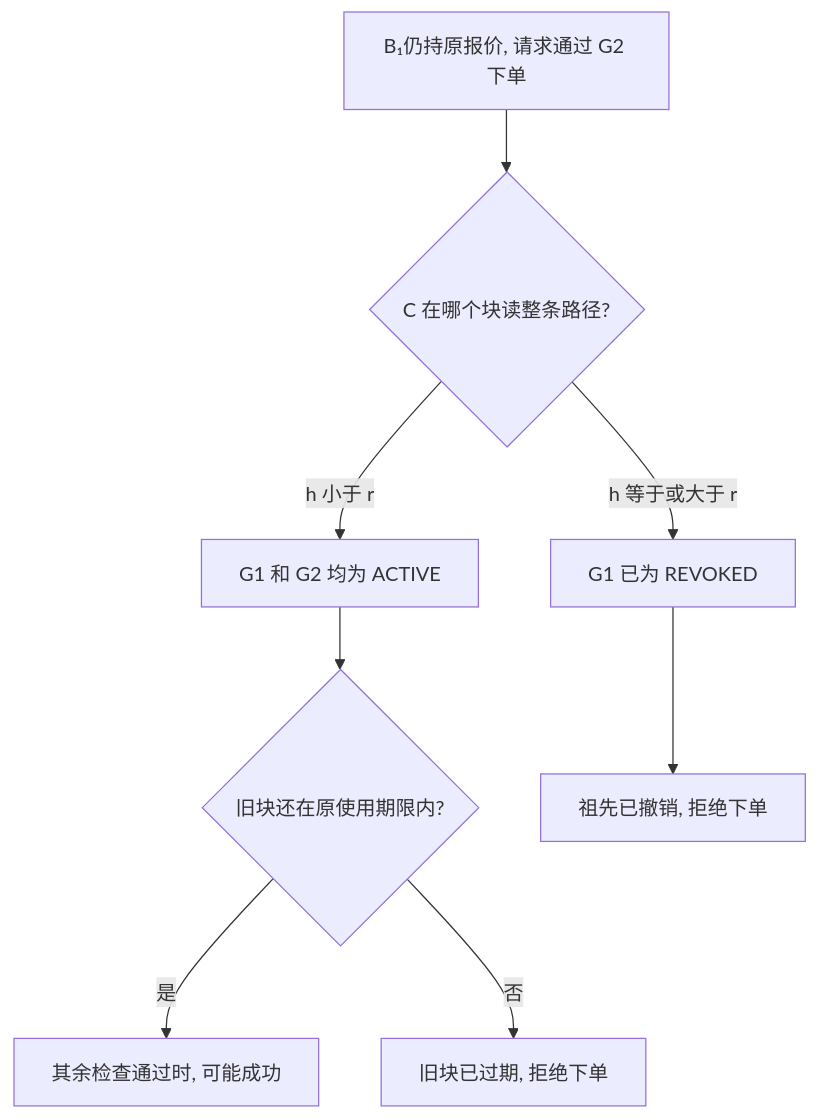
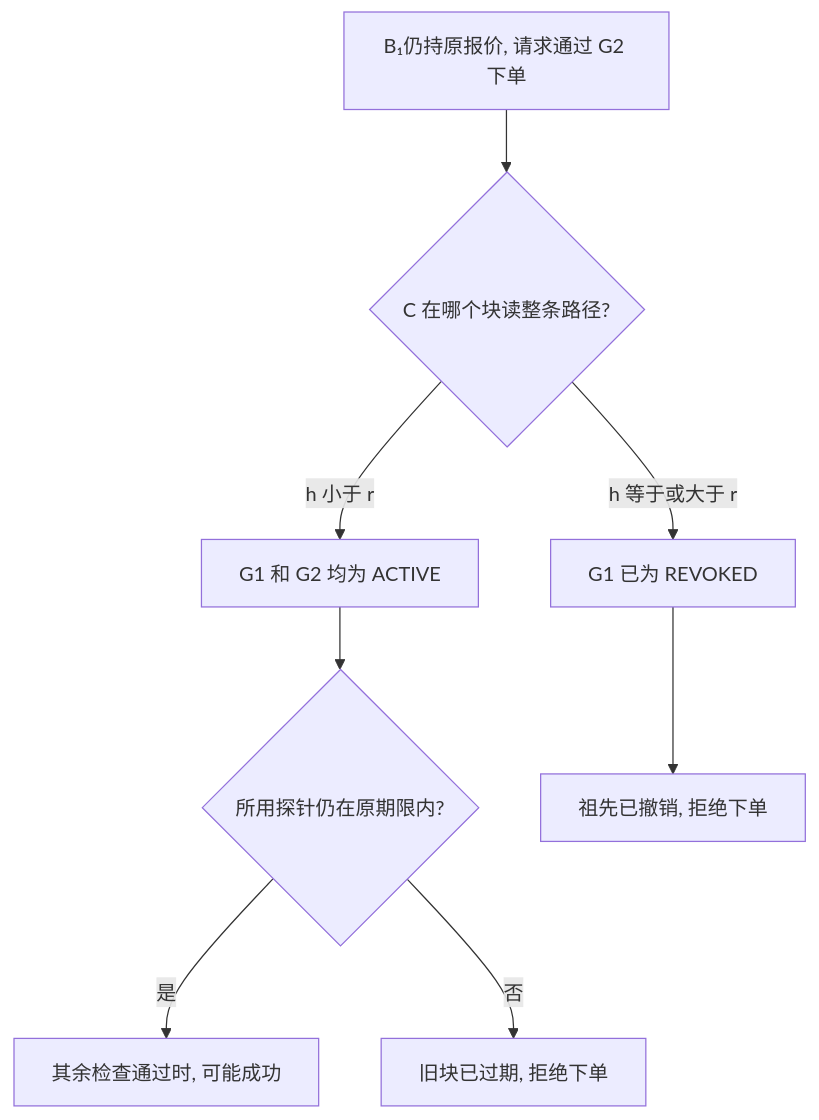
The second of 2 diagrams in docs/design/请求认证与状态一致性.md (yjydist/graduation-design), drawn with Mermaid before and after one commit. The commit also changed other lines of this file and 2839 other files, not shown here.

````diff
--- a/docs/design/请求认证与状态一致性.md
+++ b/docs/design/请求认证与状态一致性.md
@@ -39,10 +39,10 @@
 ```mermaid
 flowchart TB
     Q["B₁仍持原报价, 请求通过 G2 下单"] --> H{"C 在哪个块读整条路径?"}
     H -->|"h 小于 r"| OLD["G1 和 G2 均为 ACTIVE"]
     H -->|"h 等于或大于 r"| NEW["G1 已为 REVOKED"]
-    OLD --> AGE{"旧块还在原使用期限内?"}
+    OLD --> AGE{"所用探针仍在原期限内?"}
     AGE -->|"是"| OK["其余检查通过时, 可能成功"]
     AGE -->|"否"| STALE["旧块已过期, 拒绝下单"]
     NEW --> DENY["祖先已撤销, 拒绝下单"]
 ```
````
